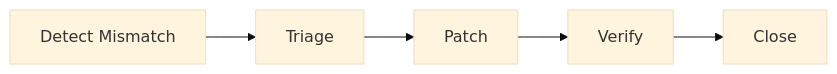
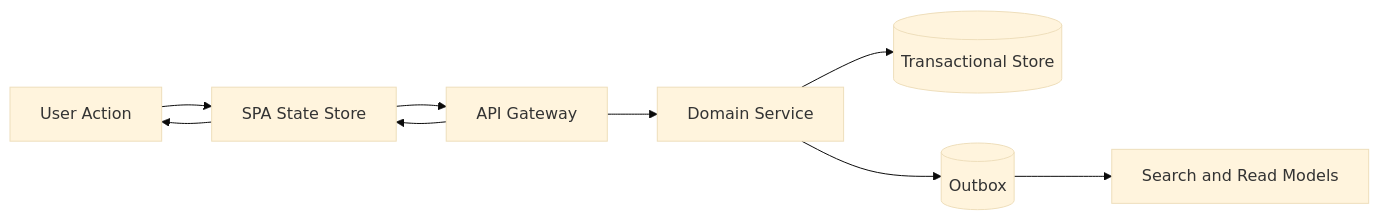
The diagram in Customer Relationship Management Platform/edge-cases/api-and-ui.md (0Ankit0/Project-Ideas), drawn with Mermaid (base theme) before and after one commit. The commit also changed other lines of this file and 17 other files, not shown here.

````diff
--- a/Customer Relationship Management Platform/edge-cases/api-and-ui.md
+++ b/Customer Relationship Management Platform/edge-cases/api-and-ui.md
@@ -27,8 +9,11 @@
 ```mermaid
 flowchart LR
-    A[Detect Mismatch] --> B[Triage]
-    B[Triage] --> C[Patch]
-    C[Patch] --> D[Verify]
-    D[Verify] --> E[Close]
-    E[Close]
+    User[User Action] --> UI[SPA State Store]
+    UI --> Gateway[API Gateway]
+    Gateway --> Service[Domain Service]
+    Service --> DB[(Transactional Store)]
+    Service --> Outbox[(Outbox)]
+    Outbox --> Projections[Search and Read Models]
+    Gateway --> UI
+    UI --> User
 ```
````
